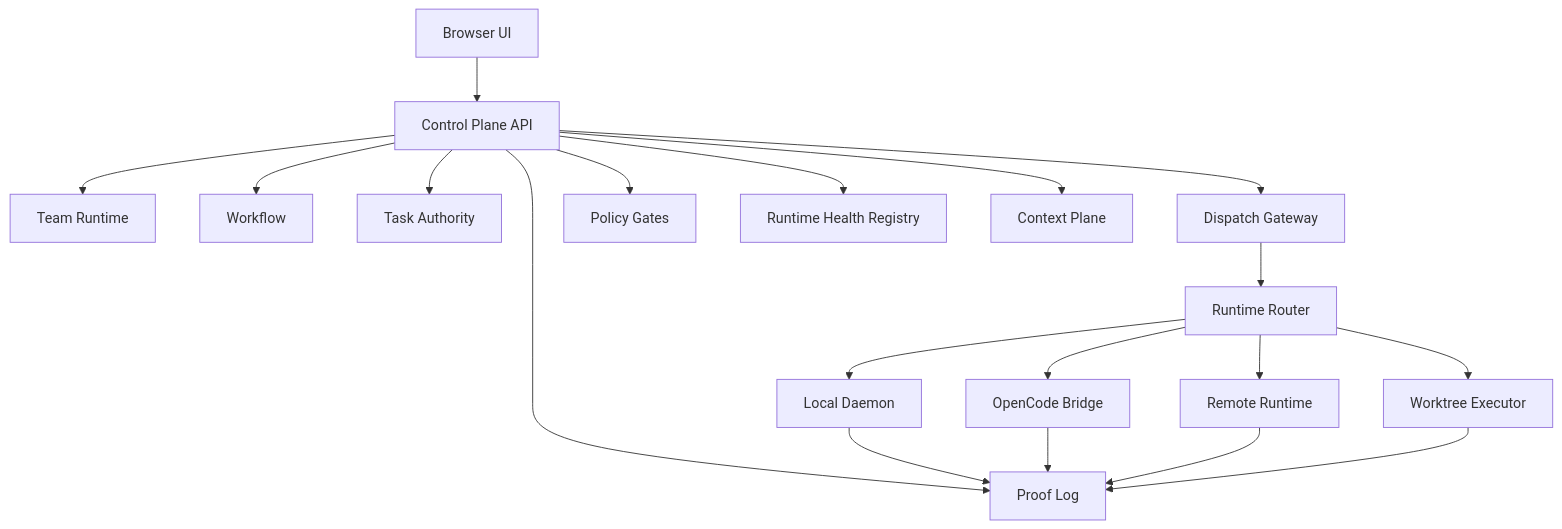
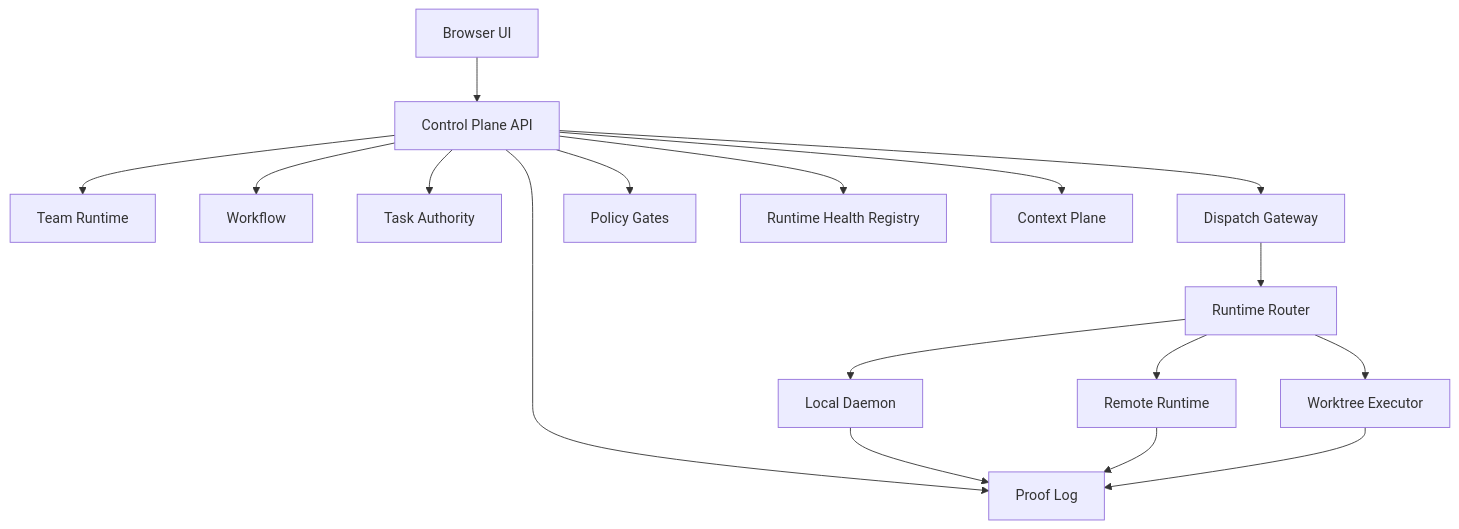
The diagram in docs/wiki/01-architecture.md (changhuaqiu/agent-task-team), drawn with Mermaid before and after one commit. The commit also changed other lines of this file and 34 other files, not shown here.

````diff
--- a/docs/wiki/01-architecture.md
+++ b/docs/wiki/01-architecture.md
@@ -36,21 +36,19 @@
 ```mermaid
 flowchart TD
   UI["Browser UI"] --> API["Control Plane API"]
   API --> TR["Team Runtime"]
   API --> WF["Workflow"]
   API --> TA["Task Authority"]
   API --> DG["Dispatch Gateway"]
   API --> PG["Policy Gates"]
   API --> HR["Runtime Health Registry"]
   API --> PL["Proof Log"]
   API --> CX["Context Plane"]
   DG --> RR["Runtime Router"]
   RR --> LD["Local Daemon"]
-  RR --> OB["OpenCode Bridge"]
   RR --> RM["Remote Runtime"]
   RR --> WT["Worktree Executor"]
   LD --> PL
-  OB --> PL
   RM --> PL
   WT --> PL
 ```
````
